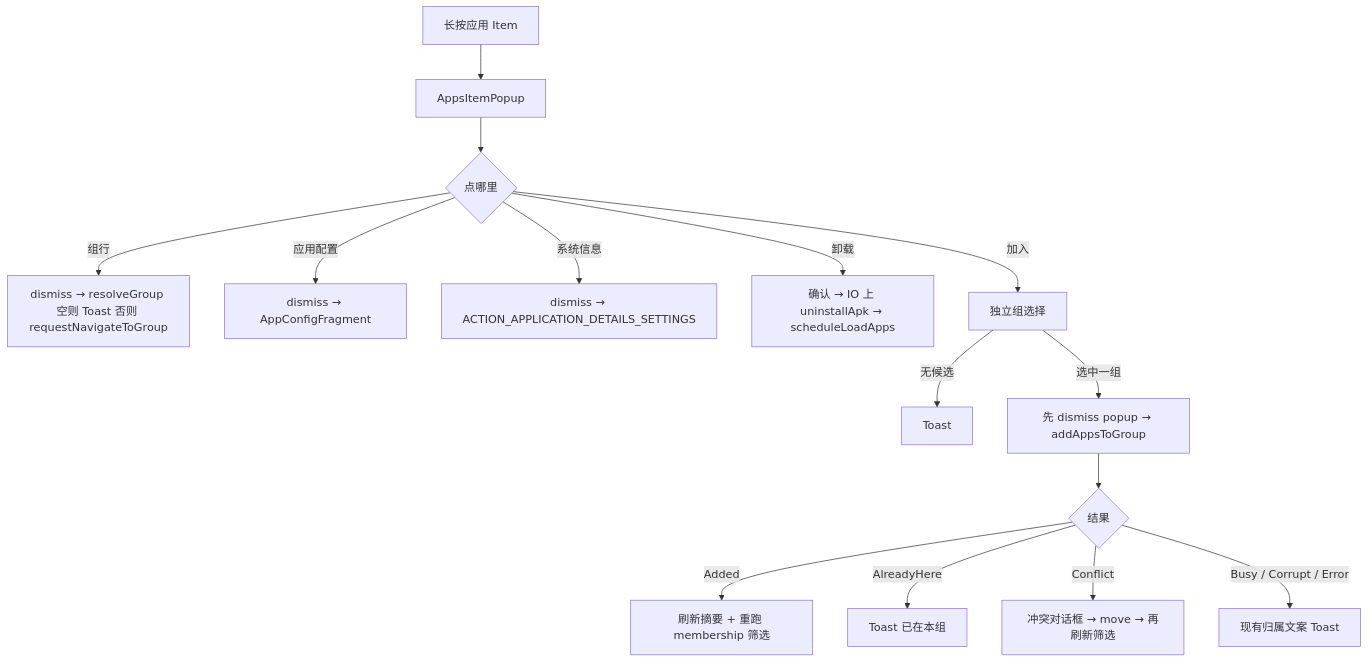
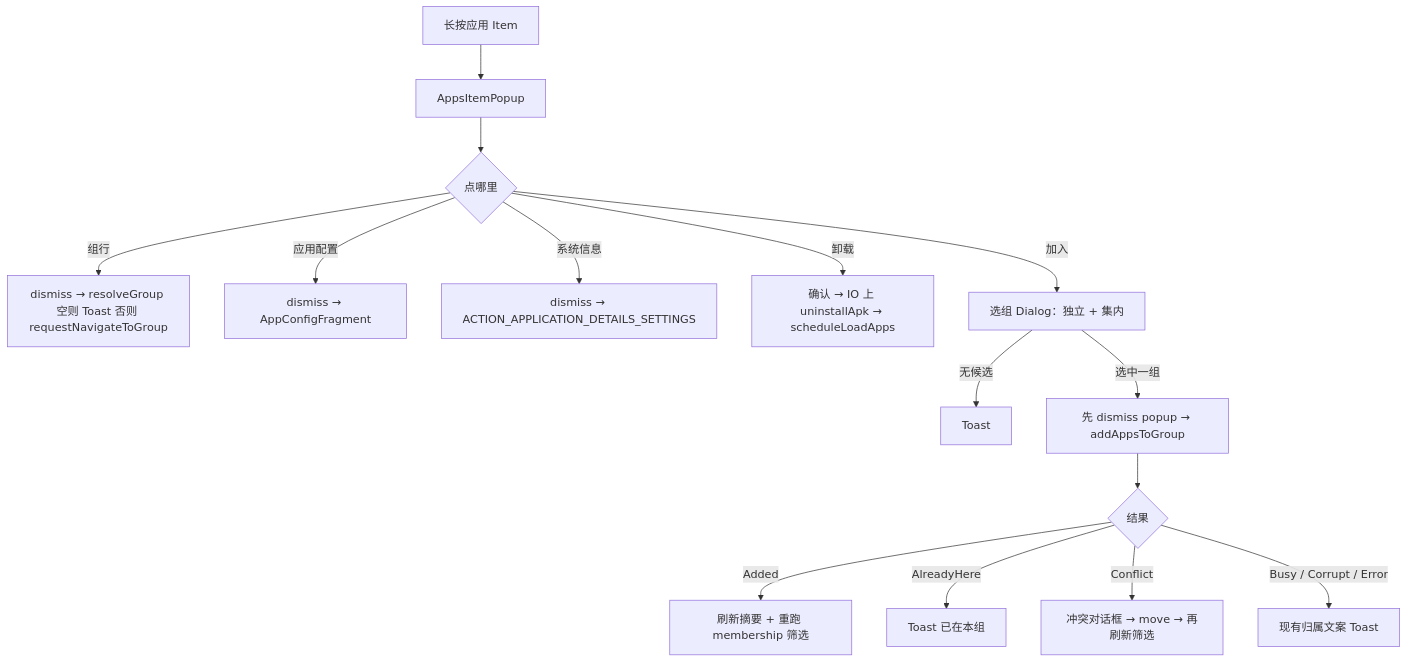
One commit to TIIEHenry/AppSnapshoter changed the diagram in docs/systems/snapshot/APPS_TAB_ITEM_POPUP.md. Above: the diagram before and after it, drawn with Mermaid. The commit also changed other lines of this file and 7 other files, not shown here.

````diff
--- a/docs/systems/snapshot/APPS_TAB_ITEM_POPUP.md
+++ b/docs/systems/snapshot/APPS_TAB_ITEM_POPUP.md
@@ -161,17 +161,17 @@
 ```mermaid
 flowchart TD
     A[长按应用 Item] --> B[AppsItemPopup]
     B --> C{点哪里}
     C -->|组行| D[dismiss → resolveGroup 空则 Toast 否则 requestNavigateToGroup]
     C -->|应用配置| E[dismiss → AppConfigFragment]
     C -->|系统信息| F[dismiss → ACTION_APPLICATION_DETAILS_SETTINGS]
     C -->|卸载| G[确认 → IO 上 uninstallApk → scheduleLoadApps]
-    C -->|加入| H[独立组选择]
+    C -->|加入| H[选组 Dialog：独立 + 集内]
     H -->|无候选| I[Toast]
     H -->|选中一组| J[先 dismiss popup → addAppsToGroup]
     J --> K{结果}
     K -->|Added| L[刷新摘要 + 重跑 membership 筛选]
     K -->|AlreadyHere| M[Toast 已在本组]
     K -->|Conflict| N[冲突对话框 → move → 再刷新筛选]
     K -->|Busy / Corrupt / Error| O[现有归属文案 Toast]
 ```
````
